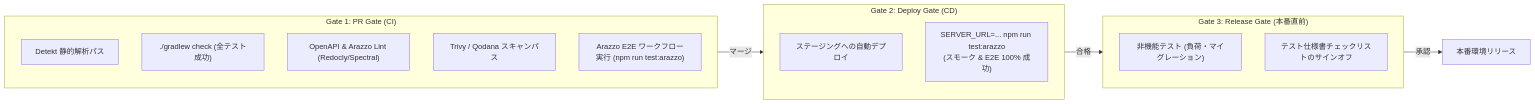
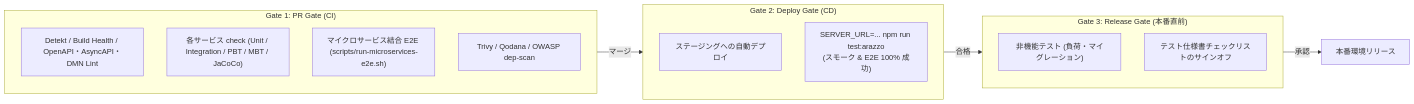
Before and after one commit to tom009924/sandbox: the third of 3 diagrams in docs/testing/test-strategy.md, drawn with Mermaid. The commit also changed other lines of this file and 1 other file, not shown here.

Commit message:
docs(testing): sync test strategy and agent guidelines with microservices layout

````diff
--- a/docs/testing/test-strategy.md
+++ b/docs/testing/test-strategy.md
@@ -111,24 +114,23 @@
 ```mermaid
 flowchart LR
     subgraph Gate1["Gate 1: PR Gate (CI)"]
-        G1_1["Detekt 静的解析パス"]
-        G1_2["./gradlew check (全テスト成功)"]
-        G1_3["OpenAPI & Arazzo Lint (Redocly/Spectral)"]
-        G1_4["Trivy / Qodana スキャンパス"]
-        G1_5["Arazzo E2E ワークフロー実行 (npm run test:arazzo)"]
+        G1_1["Detekt / Build Health / OpenAPI・AsyncAPI・DMN Lint"]
+        G1_2["各サービス check (Unit / Integration / PBT / MBT / JaCoCo)"]
+        G1_3["マイクロサービス結合 E2E (scripts/run-microservices-e2e.sh)"]
+        G1_4["Trivy / Qodana / OWASP dep-scan"]
     end
 
     subgraph Gate2["Gate 2: Deploy Gate (CD)"]
         G2_1["ステージングへの自動デプロイ"]
         G2_2["SERVER_URL=... npm run test:arazzo\n(スモーク & E2E 100% 成功)"]
     end
 
     subgraph Gate3["Gate 3: Release Gate (本番直前)"]
         G3_1["非機能テスト (負荷・マイグレーション)"]
         G3_2["テスト仕様書チェックリストのサインオフ"]
     end
 
     Gate1 -->|マージ| Gate2
     Gate2 -->|合格| Gate3
     Gate3 -->|承認| Production["本番環境リリース"]
 ```
````
